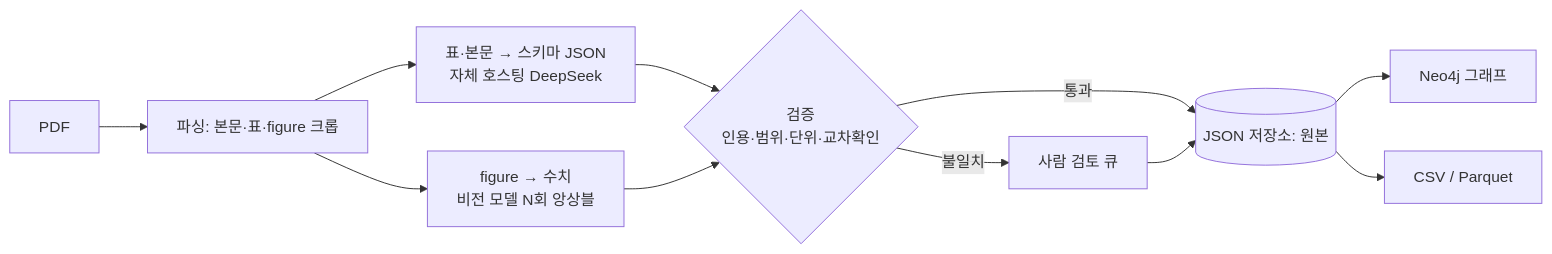
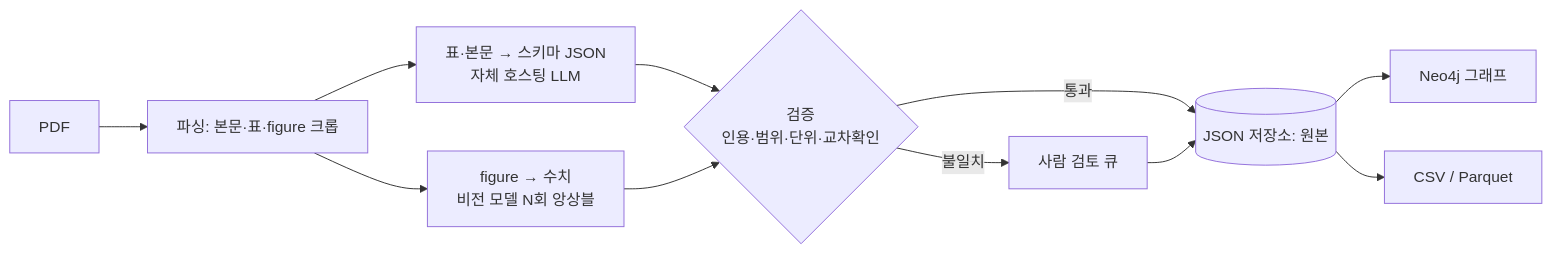
One commit to Gubonwook/memo changed the first of 2 diagrams in ald-extraction/report.md. Above: the diagram before and after it, drawn with Mermaid. The commit also changed other lines of this file and 5 other files, not shown here.

````diff
--- a/ald-extraction/report.md
+++ b/ald-extraction/report.md
@@ -56,12 +56,12 @@
 ```mermaid
 flowchart LR
   A[PDF] --> B[파싱: 본문·표·figure 크롭]
-  B --> C1[표·본문 → 스키마 JSON<br/>자체 호스팅 DeepSeek]
+  B --> C1[표·본문 → 스키마 JSON<br/>자체 호스팅 LLM]
   B --> C2[figure → 수치<br/>비전 모델 N회 앙상블]
   C1 --> D{검증<br/>인용·범위·단위·교차확인}
   C2 --> D
   D -- 통과 --> E[(JSON 저장소: 원본)]
   D -- 불일치 --> H[사람 검토 큐] --> E
   E --> F[Neo4j 그래프]
   E --> G[CSV / Parquet]
 ```
````
